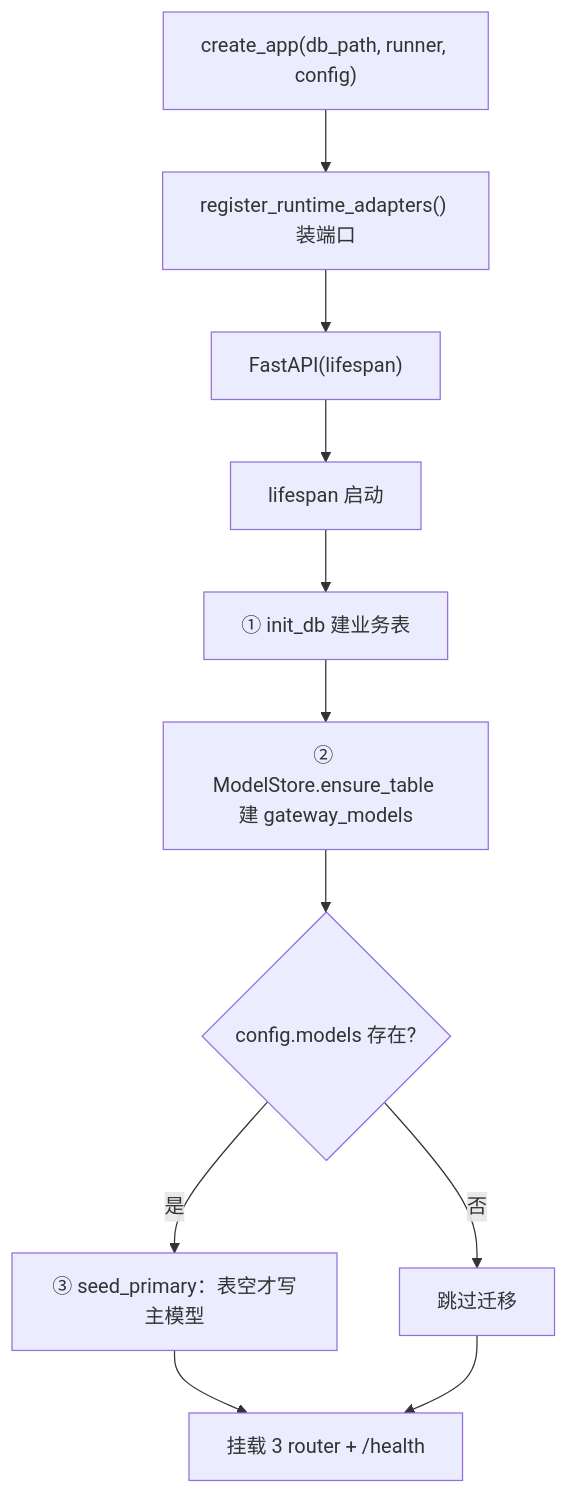
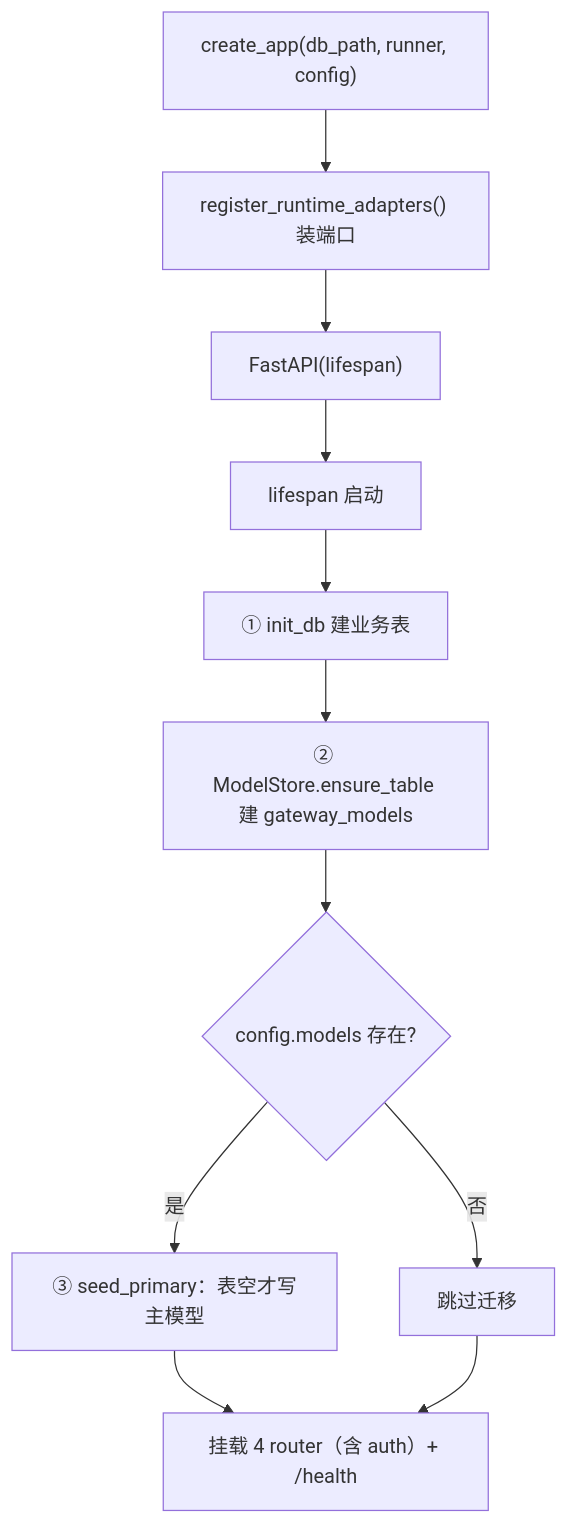
The diagram in doc/doc-code/app/gateway/app.md (G0-000/AgentFlow), drawn with Mermaid before and after one commit. The commit also changed other lines of this file and 14 other files, not shown here.

````diff
--- a/doc/doc-code/app/gateway/app.md
+++ b/doc/doc-code/app/gateway/app.md
@@ -41,13 +42,13 @@
 ```mermaid
 flowchart TD
     A["create_app(db_path, runner, config)"] --> A0["register_runtime_adapters() 装端口"]
     A0 --> B["FastAPI(lifespan)"]
     B --> C["lifespan 启动"]
     C --> D["① init_db 建业务表"]
     D --> E["② ModelStore.ensure_table 建 gateway_models"]
     E --> F{"config.models 存在?"}
     F -->|"是"| G["③ seed_primary：表空才写主模型"]
     F -->|"否"| H["跳过迁移"]
-    G --> I["挂载 3 router + /health"]
+    G --> I["挂载 4 router（含 auth）+ /health"]
     H --> I
 ```
````
